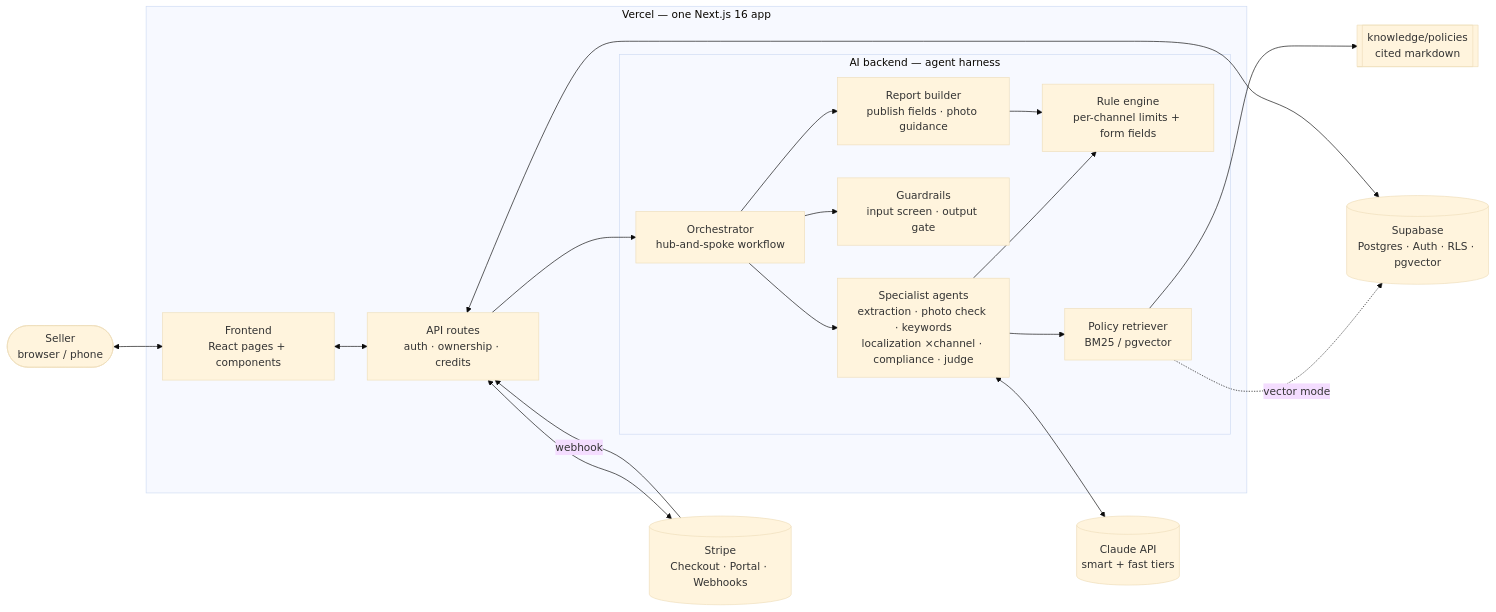
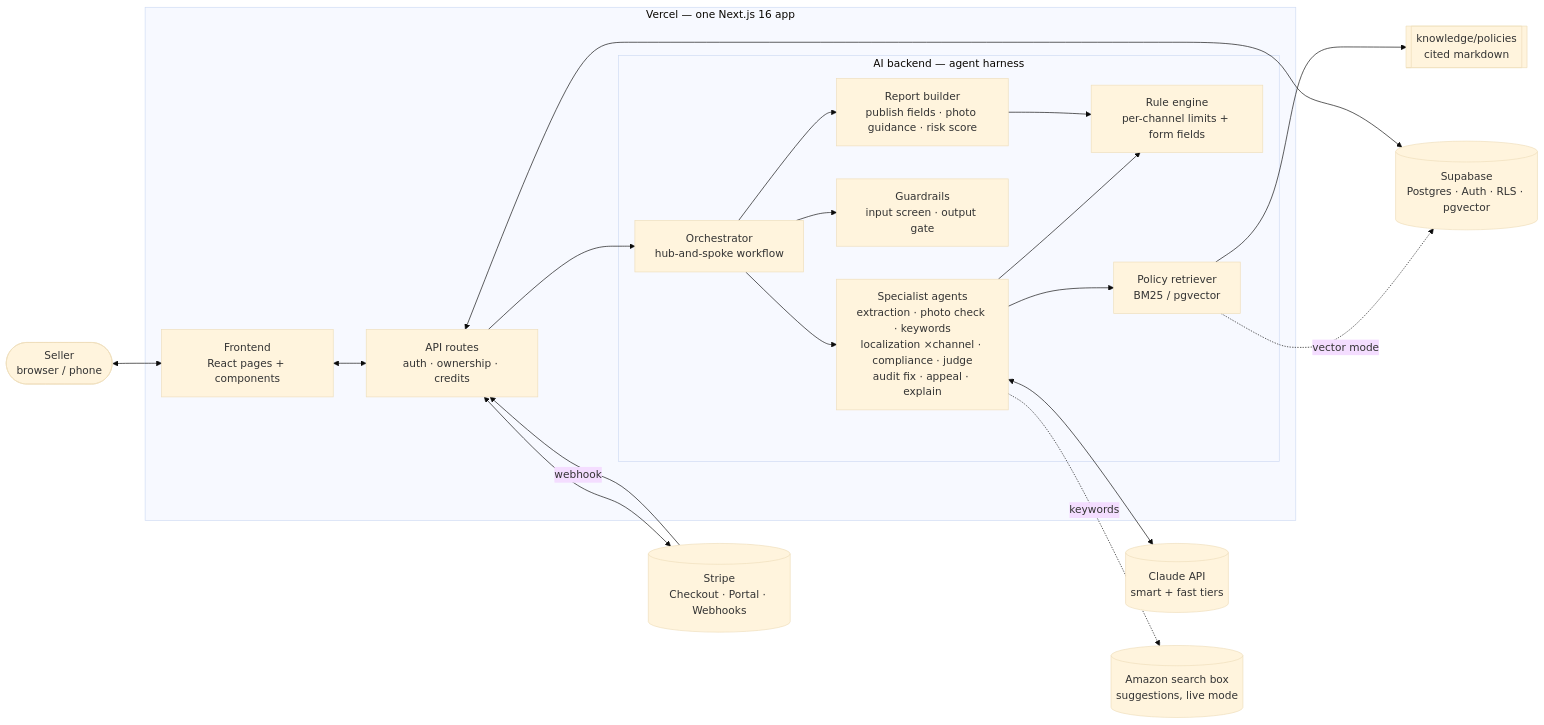
One commit to heruis/ecommerce-agent changed the first of 3 diagrams in docs/ARCHITECTURE.md. Above: the diagram before and after it, drawn with Mermaid (base theme). The commit also changed other lines of this file and 14 other files, not shown here.

````diff
--- a/docs/ARCHITECTURE.md
+++ b/docs/ARCHITECTURE.md
@@ -7,35 +7,37 @@
 ```mermaid
 flowchart LR
   user([Seller<br/>browser / phone])
 
   subgraph vercel[Vercel — one Next.js 16 app]
     ui[Frontend<br/>React pages + components]
     api[API routes<br/>auth · ownership · credits]
     subgraph ai[AI backend — agent harness]
       orch[Orchestrator<br/>hub-and-spoke workflow]
-      agents[Specialist agents<br/>extraction · photo check · keywords<br/>localization ×channel · compliance · judge]
+      agents[Specialist agents<br/>extraction · photo check · keywords<br/>localization ×channel · compliance · judge<br/>audit fix · appeal · explain]
       guard[Guardrails<br/>input screen · output gate]
       rules[Rule engine<br/>per-channel limits + form fields]
-      report[Report builder<br/>publish fields · photo guidance]
+      report[Report builder<br/>publish fields · photo guidance · risk score]
       rag[Policy retriever<br/>BM25 / pgvector]
     end
   end
 
   claude[(Claude API<br/>smart + fast tiers)]
+  amz[(Amazon search box<br/>suggestions, live mode)]
   supa[(Supabase<br/>Postgres · Auth · RLS · pgvector)]
   stripe[(Stripe<br/>Checkout · Portal · Webhooks)]
   kb[[knowledge/policies<br/>cited markdown]]
 
   user <--> ui
   ui <--> api
   api --> orch
   orch --> guard & agents & report
   agents --> rules & rag
   report --> rules
   agents <--> claude
+  agents -. keywords .-> amz
   rag --> kb
   rag -. vector mode .-> supa
   api <--> supa
   api <--> stripe
   stripe -- webhook --> api
 ```
````
